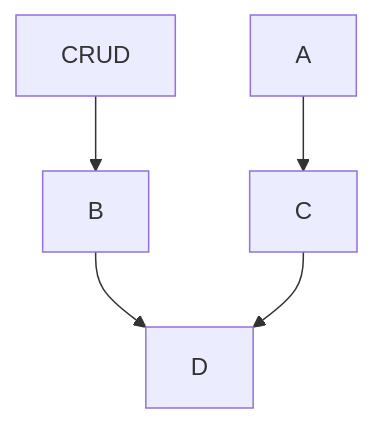
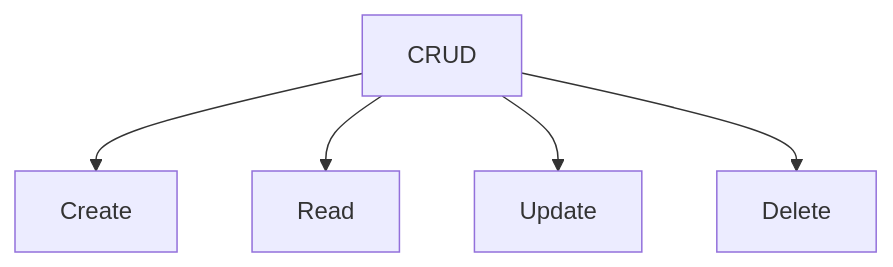
One commit to shrsyc/google_sheets_DB changed the diagram in README.md. Above: the diagram before and after it, drawn with Mermaid.

````diff
--- a/README.md
+++ b/README.md
@@ -5,7 +5,7 @@
 ```mermaid
 graph TD;
-    CRUD-->B;
-    A-->C;
-    B-->D;
-    C-->D;
+    CRUD-->Create;
+    CRUD-->Read;
+    CRUD-->Update;
+    CRUD-->Delete;
 ```
````
